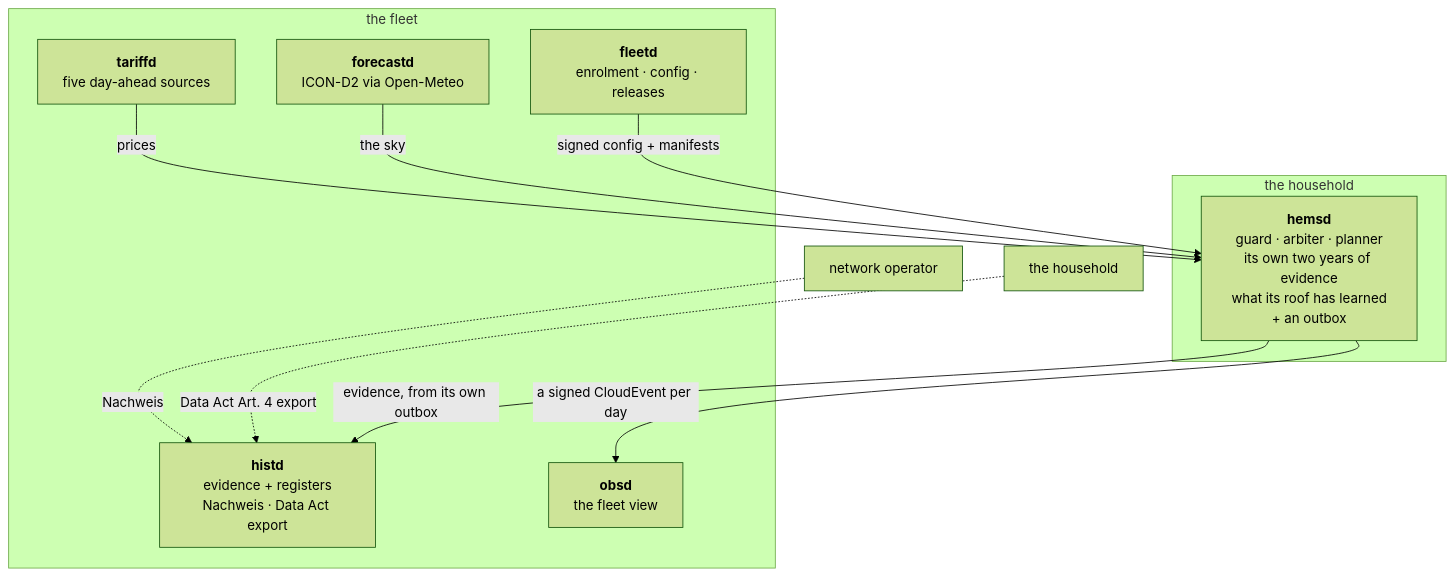
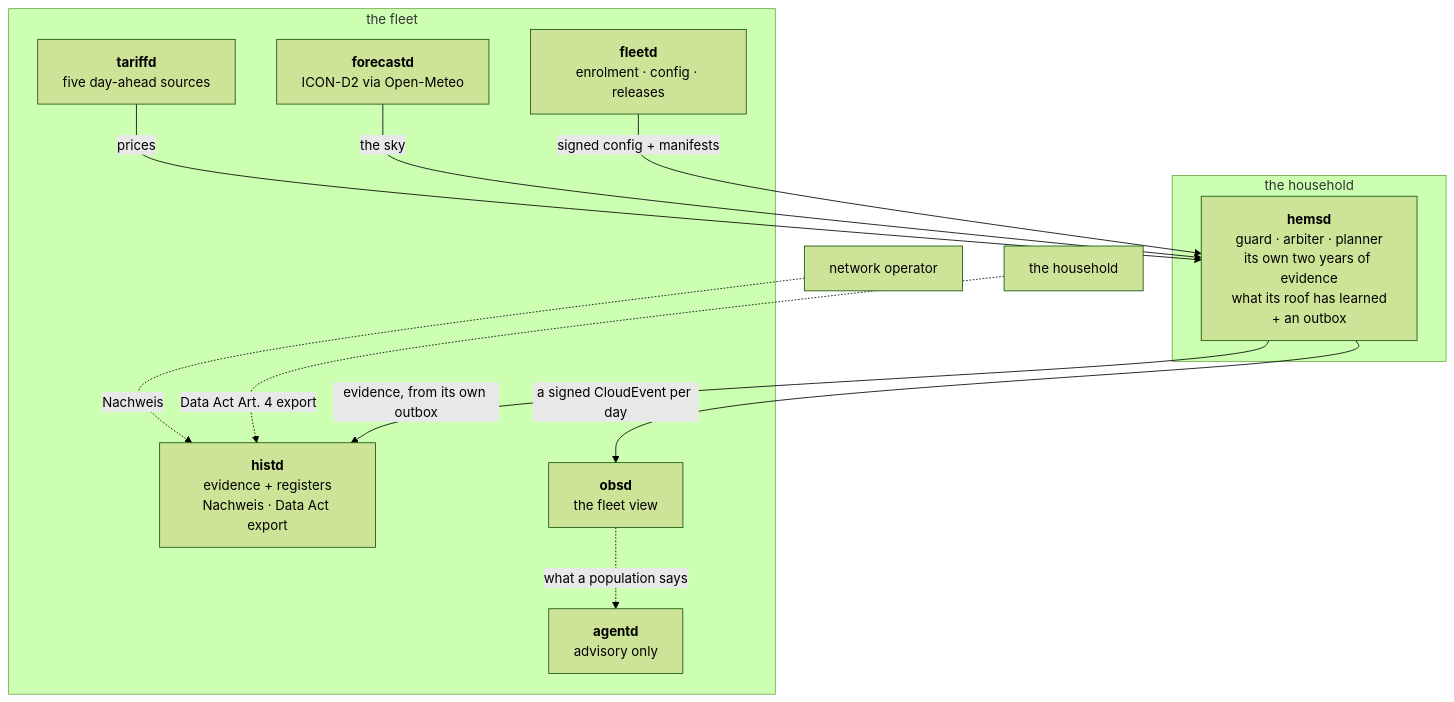
Before and after one commit to hupe1980/hems: the diagram in site/content/docs/services.md, drawn with Mermaid (forest theme). The commit also changed other lines of this file and 83 other files, not shown here.

```diff
--- a/site/content/docs/services.md
+++ b/site/content/docs/services.md
@@ -22,20 +22,22 @@
 <pre class="mermaid">
 flowchart TB
   subgraph box["the household"]
     H["<b>hemsd</b><br/>guard · arbiter · planner<br/>its own two years of evidence<br/>what its roof has learned<br/>+ an outbox"]
   end
   subgraph fleet["the fleet"]
     T["<b>tariffd</b><br/>five day-ahead sources"]
     F["<b>forecastd</b><br/>ICON-D2 via Open-Meteo"]
     HI["<b>histd</b><br/>evidence + registers<br/>Nachweis · Data Act export"]
     FL["<b>fleetd</b><br/>enrolment · config · releases"]
     O["<b>obsd</b><br/>the fleet view"]
+    A["<b>agentd</b><br/>advisory only"]
   end
   T -- "prices" --> H
   F -- "the sky" --> H
   H -- "evidence, from its own outbox" --> HI
   FL -- "signed config + manifests" --> H
   H -- "a signed CloudEvent per day" --> O
+  O -. "what a population says" .-> A
   NO["network operator"] -. "Nachweis" .-> HI
   HH["the household"] -. "Data Act Art. 4 export" .-> HI
 </pre>
```
